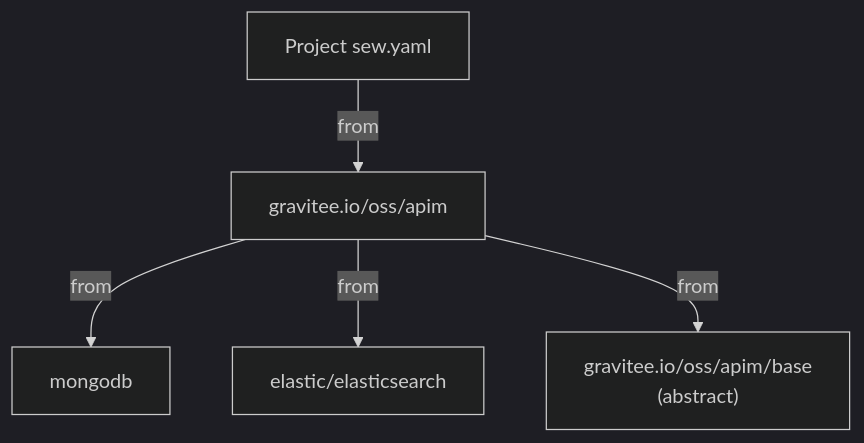
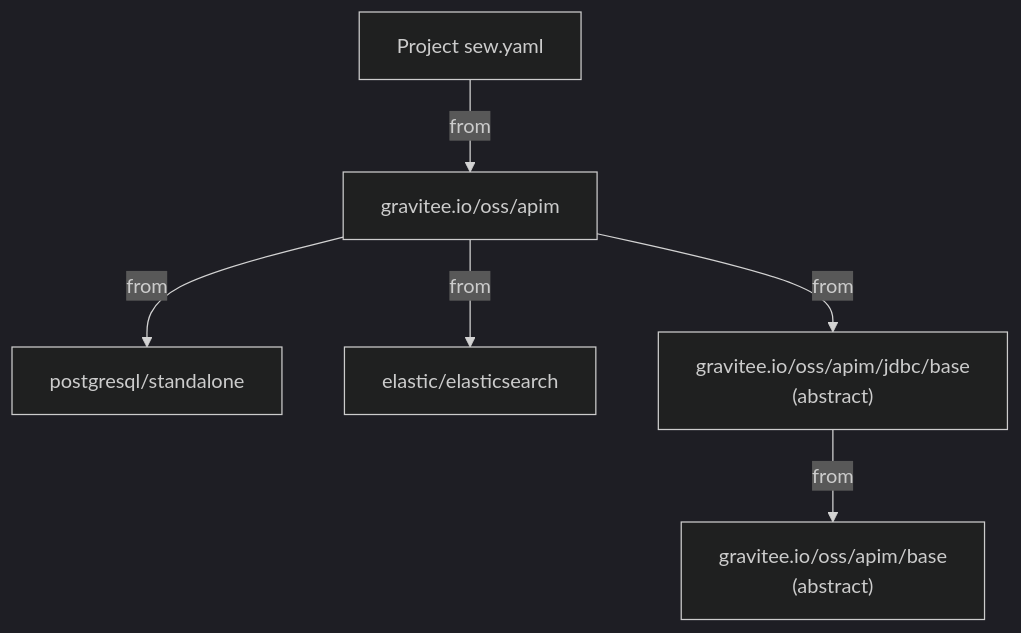
The third of 3 diagrams in site/content/docs/reference/architecture.md (a-cordier/sew), drawn with Mermaid (dark theme) before and after one commit. The commit also changed other lines of this file and 27 other files, not shown here.

````diff
--- a/site/content/docs/reference/architecture.md
+++ b/site/content/docs/reference/architecture.md
@@ -71,7 +71,8 @@
 ```mermaid
 flowchart TD
     A["Project sew.yaml"] -- from --> B["gravitee.io/oss/apim"]
-    B -- from --> C["mongodb"]
+    B -- from --> C["postgresql/standalone"]
     B -- from --> D["elastic/elasticsearch"]
-    B -- from --> E["gravitee.io/oss/apim/base\n(abstract)"]
+    B -- from --> E["gravitee.io/oss/apim/jdbc/base\n(abstract)"]
+    E -- from --> F["gravitee.io/oss/apim/base\n(abstract)"]
 ```
````
